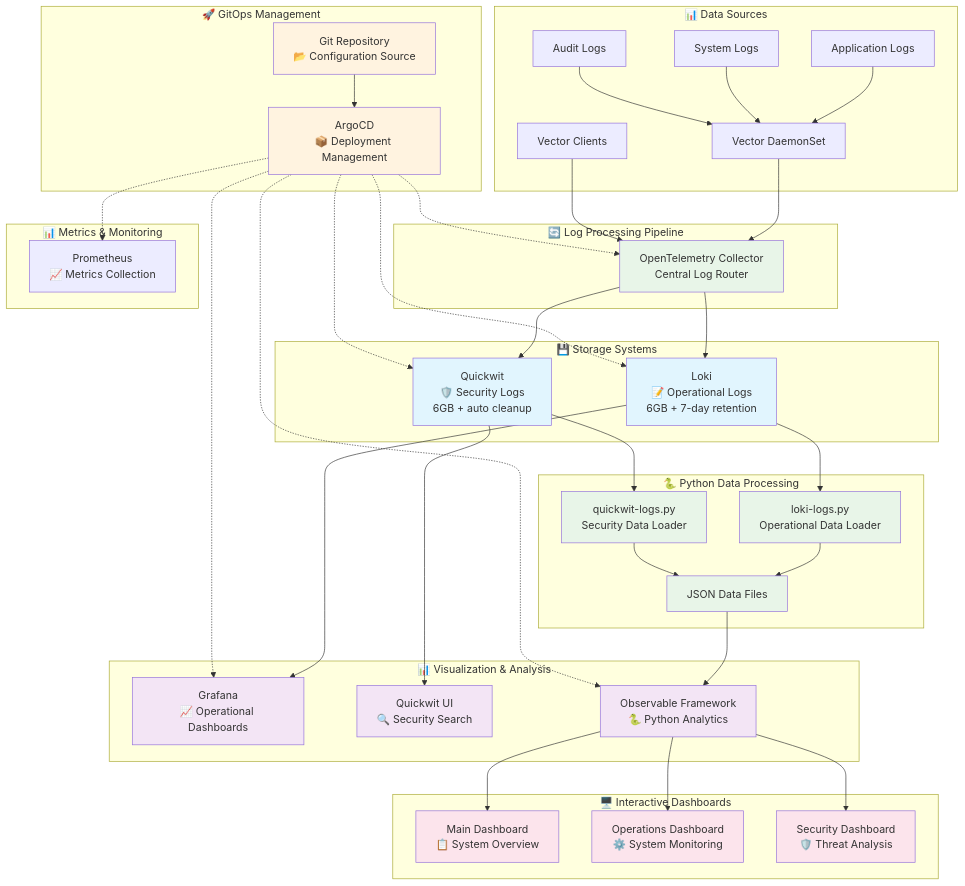
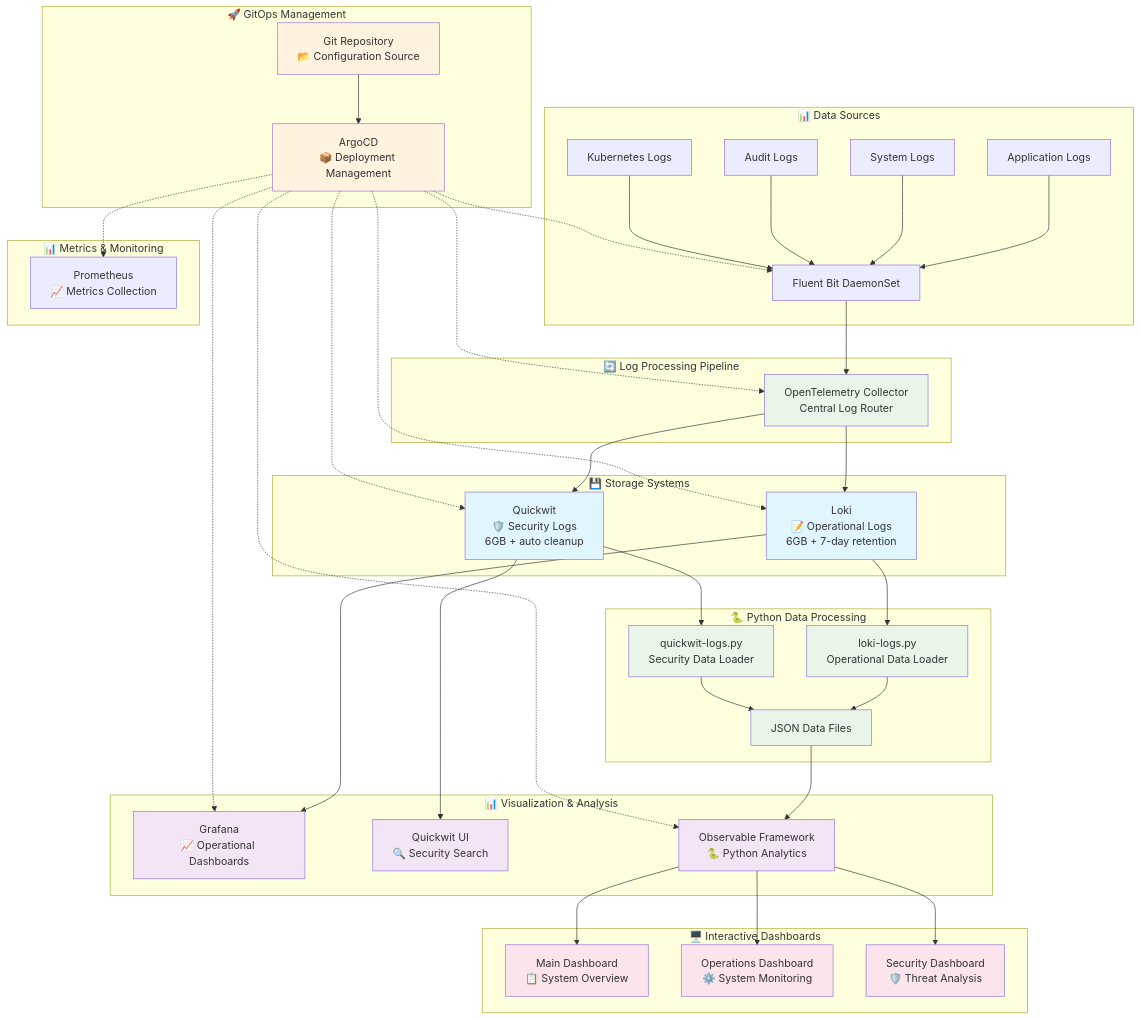
Before and after one commit to norandom/observability-k8s: the first of 2 diagrams in README.md, drawn with Mermaid. The commit also changed other lines of this file, not shown here.

```diff
--- a/README.md
+++ b/README.md
@@ -69,11 +87,11 @@
 graph TB
     %% Data Sources
     subgraph "📊 Data Sources"
-        VS[Vector DaemonSet]
-        VC[Vector Clients]
+        FB[Fluent Bit DaemonSet]
         AL[Application Logs]
         SL[System Logs]
         AU[Audit Logs]
+        KL[Kubernetes Logs]
     end
 
     %% Log Collection & Routing
@@ -120,11 +138,11 @@
     end
 
     %% Data Flow
-    VS --> OTEL
-    VC --> OTEL
-    AL --> VS
-    SL --> VS
-    AU --> VS
+    FB --> OTEL
+    AL --> FB
+    SL --> FB
+    AU --> FB
+    KL --> FB
 
     OTEL --> LOKI
     OTEL --> QW
@@ -150,6 +168,7 @@
     ARGO -.-> OBS
     ARGO -.-> PROM
     ARGO -.-> OTEL
+    ARGO -.-> FB
 
     %% Styling
     classDef storage fill:#e1f5fe
```
